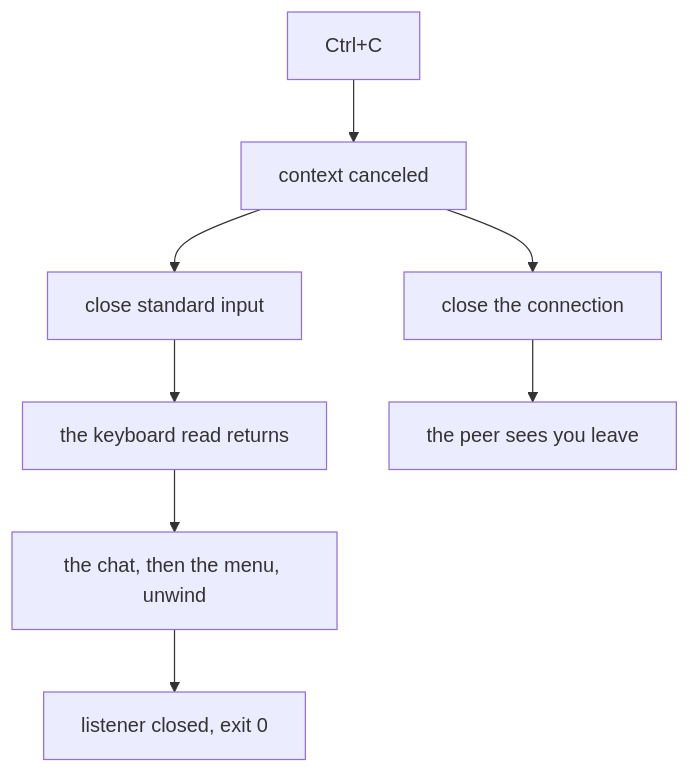
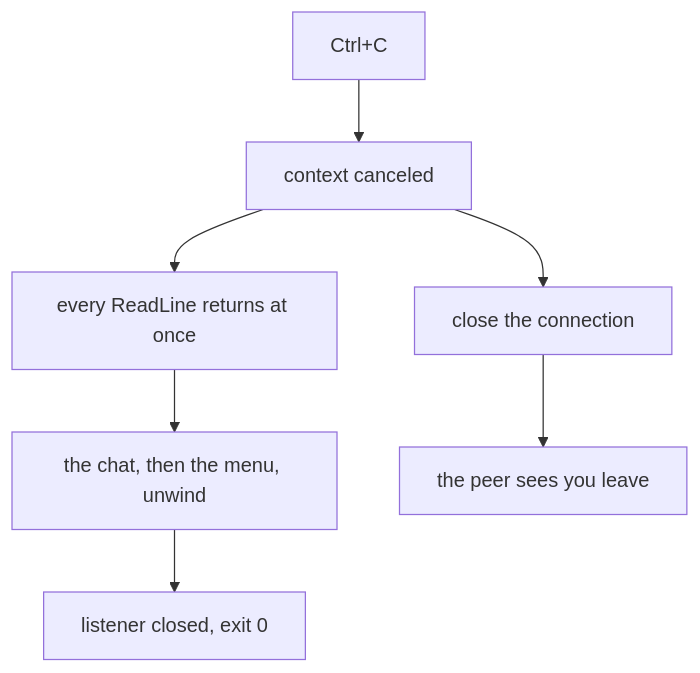
The sixth of 6 diagrams in README.md (Serajian/homa), drawn with Mermaid before and after one commit. The commit also changed other lines of this file and 11 other files, not shown here.

````diff
--- a/README.md
+++ b/README.md
@@ -345,10 +352,9 @@
 ```mermaid
 flowchart TD
     A[Ctrl+C] --> B[context canceled]
-    B --> C[close standard input]
+    B --> C[every ReadLine returns at once]
     B --> D[close the connection]
-    C --> E[the keyboard read returns]
-    E --> F[the chat, then the menu, unwind]
-    D --> G[the peer sees you leave]
-    F --> H[listener closed, exit 0]
+    C --> E[the chat, then the menu, unwind]
+    D --> F[the peer sees you leave]
+    E --> G[listener closed, exit 0]
 ```
````
